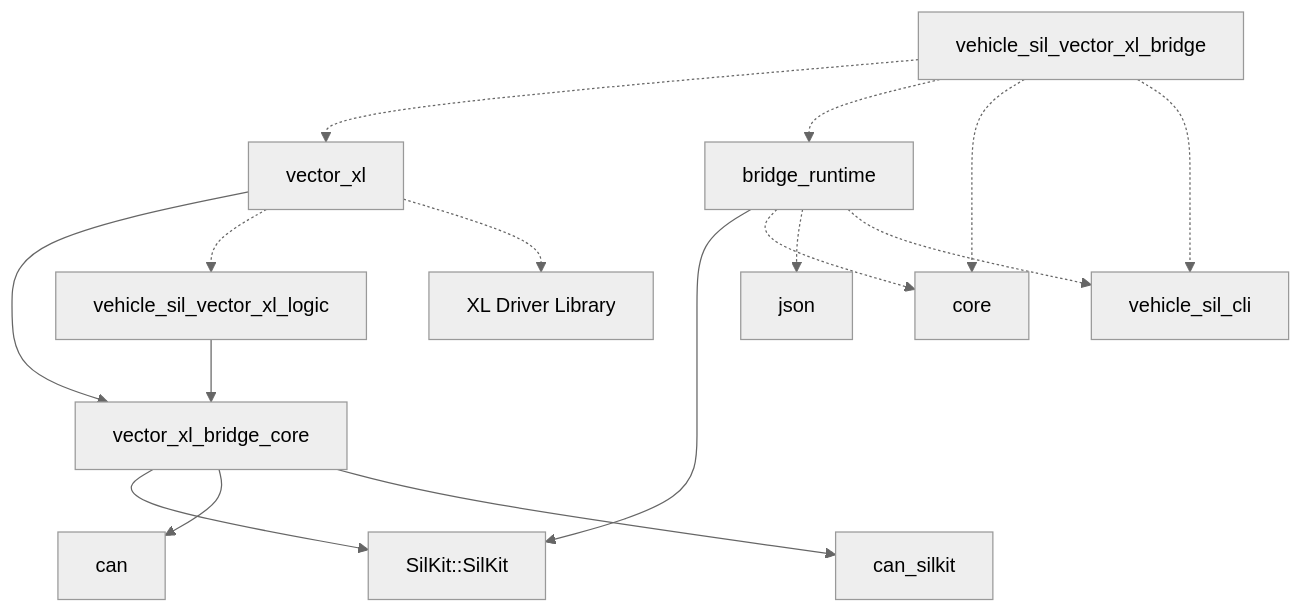
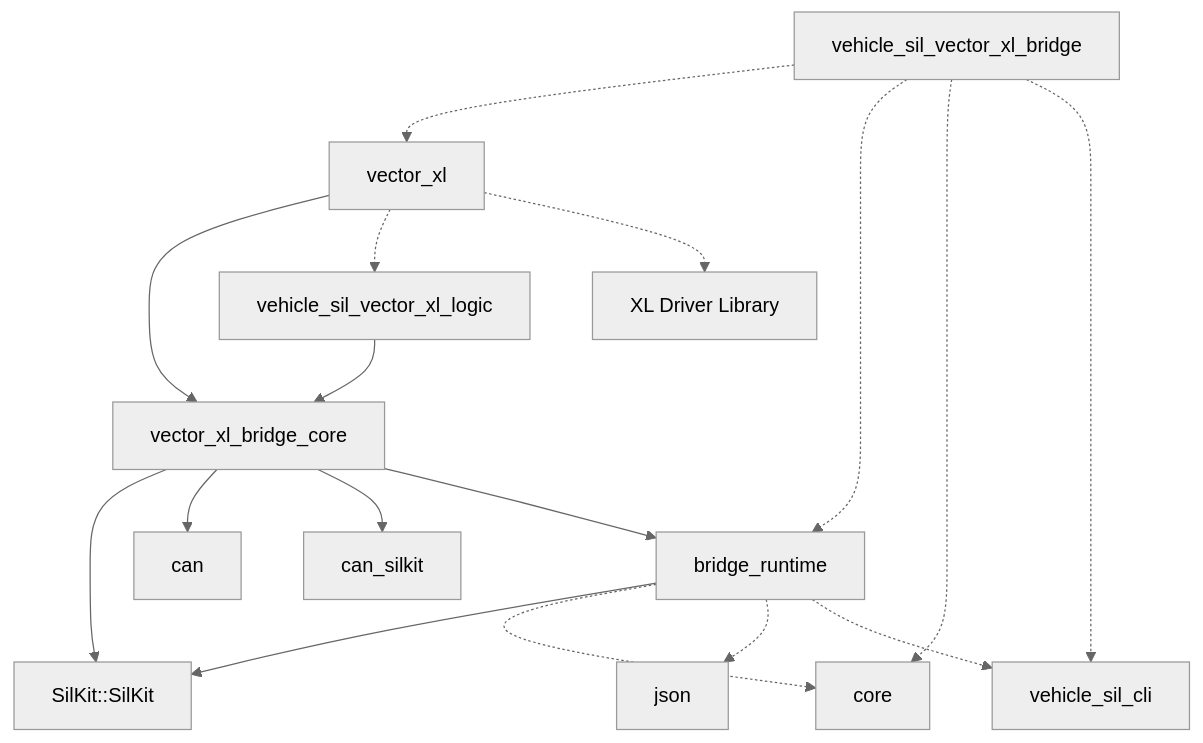
One commit to rahanahu/vehicle-sil changed the first of 2 diagrams in docs/code-map-bridges.md. Above: the diagram before and after it, drawn with Mermaid (neutral theme). The commit also changed other lines of this file and 48 other files, not shown here.

````diff
--- a/docs/code-map-bridges.md
+++ b/docs/code-map-bridges.md
@@ -148,18 +152,19 @@
 ```mermaid
 flowchart TD
     vector_xl_bridge_core --> SilKit["SilKit::SilKit"]
     vector_xl_bridge_core --> can
     vector_xl_bridge_core --> can_silkit
+    vector_xl_bridge_core --> bridge_runtime
     vehicle_sil_vector_xl_logic --> vector_xl_bridge_core
     vector_xl --> vector_xl_bridge_core
     vector_xl -.-> vehicle_sil_vector_xl_logic
     vector_xl -.-> vxlapi["XL Driver Library"]
     vehicle_sil_vector_xl_bridge -.-> vector_xl
     vehicle_sil_vector_xl_bridge -.-> bridge_runtime
     vehicle_sil_vector_xl_bridge -.-> core
     vehicle_sil_vector_xl_bridge -.-> vehicle_sil_cli
     bridge_runtime --> SilKit
     bridge_runtime -.-> core
     bridge_runtime -.-> json
     bridge_runtime -.-> vehicle_sil_cli
 ```
````
